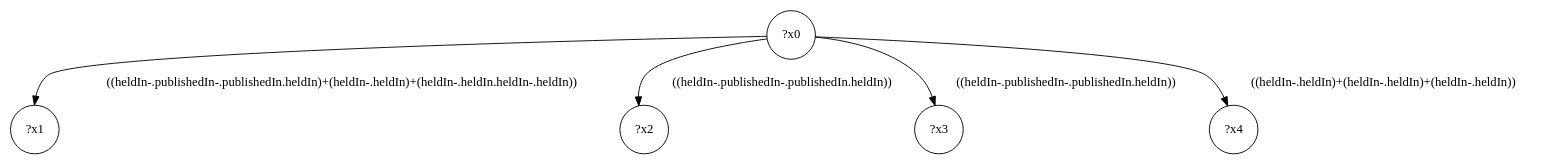
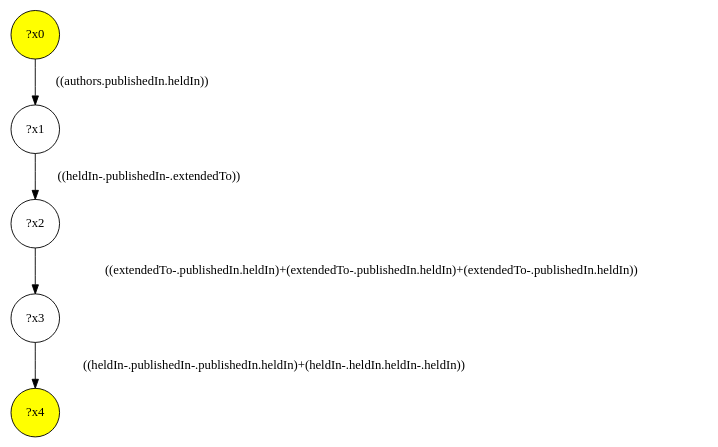
The diagram in demo/test-a/test-a-interface/query-44.dot (gbagan/gmark), drawn with Graphviz before and after one commit. The commit also changed 707 other files, not shown here.

```diff
--- a/demo/test-a/test-a-interface/query-44.dot
+++ b/demo/test-a/test-a-interface/query-44.dot
@@ -1,11 +1,11 @@
 digraph g {
-	x0 [shape=circle, label="?x0"];
+	x0 [fillcolor="yellow", style="filled," shape=circle, label="?x0"];
+	x4 [fillcolor="yellow", style="filled," shape=circle, label="?x4"];
 	x1 [shape=circle, label="?x1"];
-	x0 -> x1 [label="((heldIn-.publishedIn-.publishedIn.heldIn)+(heldIn-.heldIn)+(heldIn-.heldIn.heldIn-.heldIn))"];
+	x0 -> x1 [label="((authors.publishedIn.heldIn))"];
 	x2 [shape=circle, label="?x2"];
-	x0 -> x2 [label="((heldIn-.publishedIn-.publishedIn.heldIn))"];
+	x1 -> x2 [label="((heldIn-.publishedIn-.extendedTo))"];
 	x3 [shape=circle, label="?x3"];
-	x0 -> x3 [label="((heldIn-.publishedIn-.publishedIn.heldIn))"];
-	x4 [shape=circle, label="?x4"];
-	x0 -> x4 [label="((heldIn-.heldIn)+(heldIn-.heldIn)+(heldIn-.heldIn))"];
+	x2 -> x3 [label="((extendedTo-.publishedIn.heldIn)+(extendedTo-.publishedIn.heldIn)+(extendedTo-.publishedIn.heldIn))"];
+	x3 -> x4 [label="((heldIn-.publishedIn-.publishedIn.heldIn)+(heldIn-.heldIn.heldIn-.heldIn))"];
 }
```
